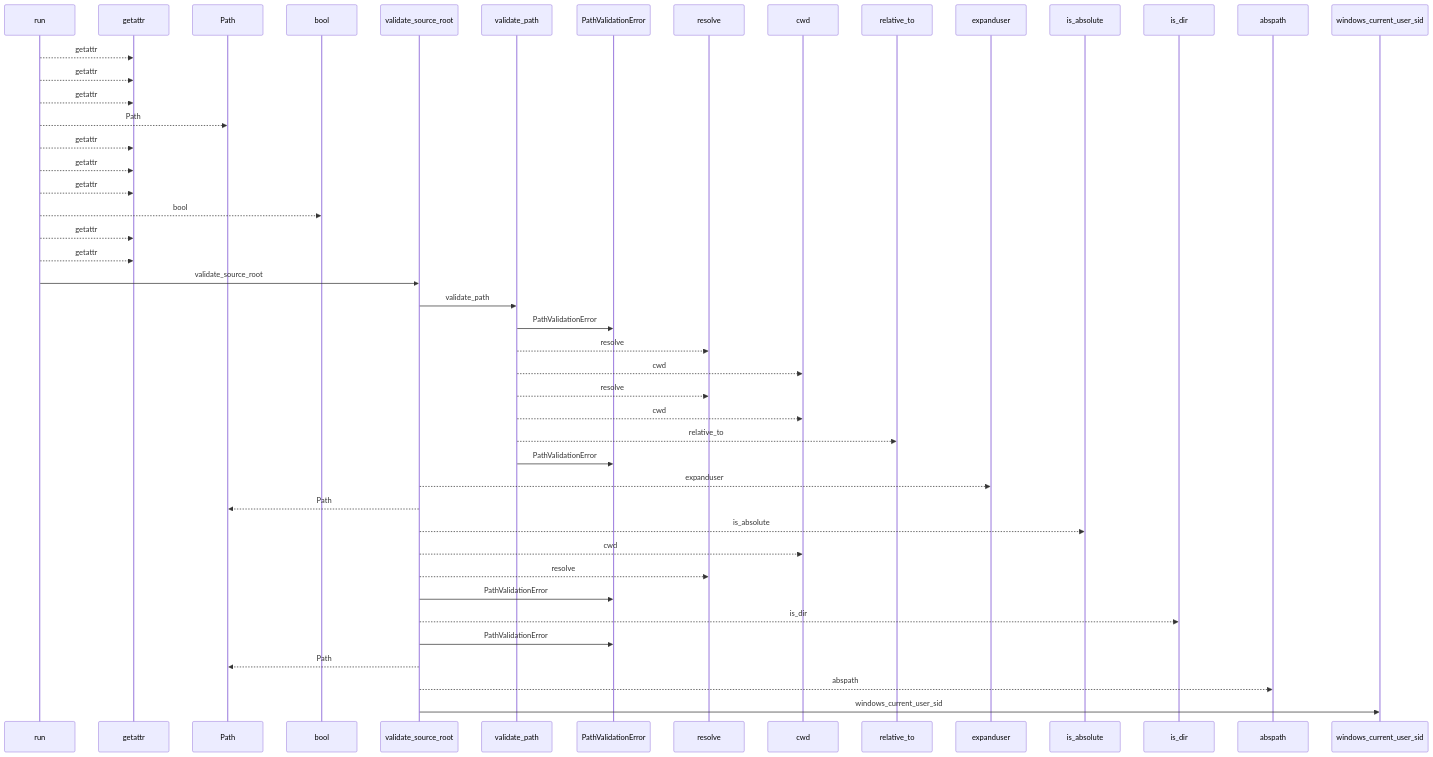
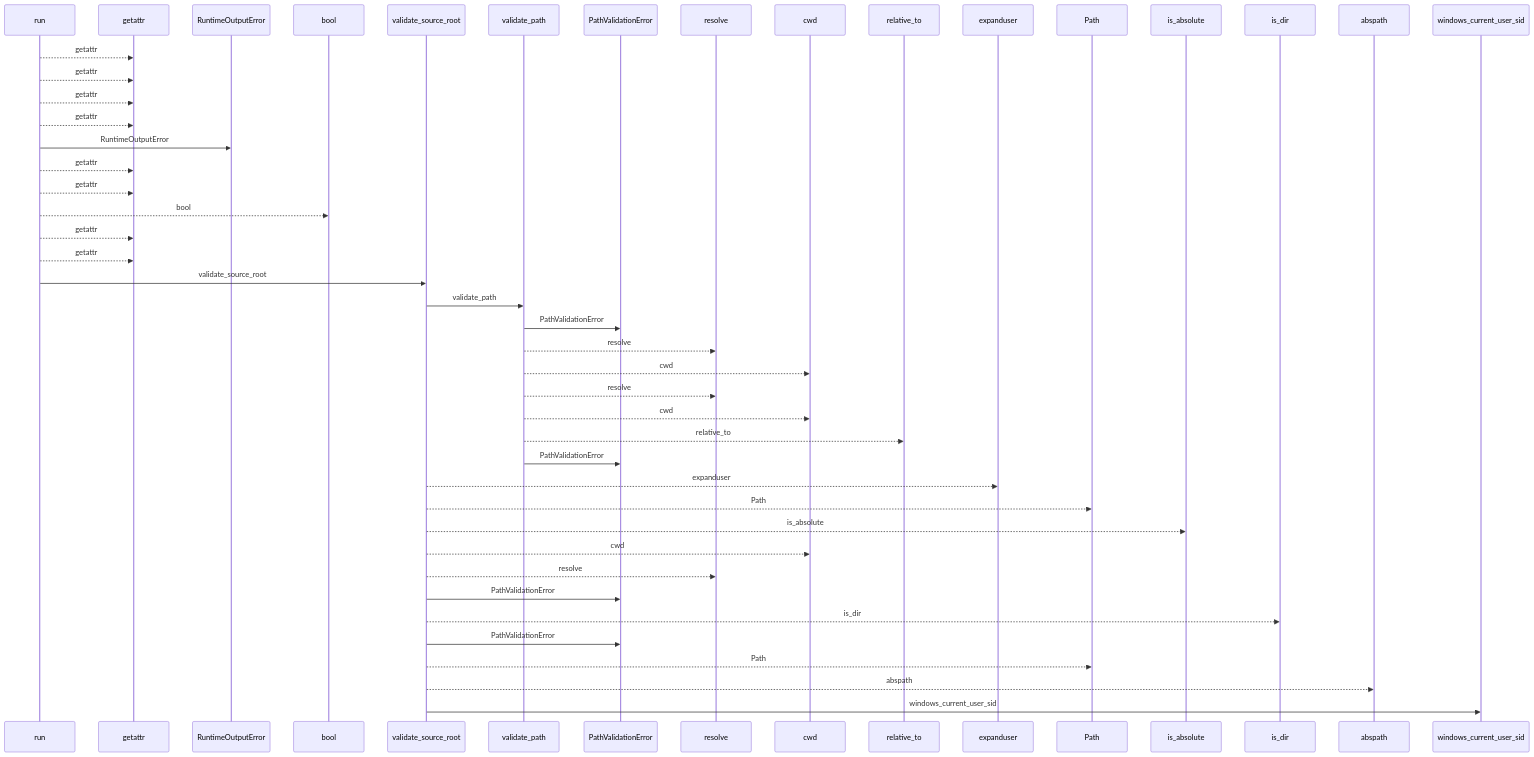
One commit to Denissvgn/python-wiki-llm changed the first of 2 diagrams in docs/llm_wiki/flows/cli-ci-check.md. Above: the diagram before and after it, drawn with Mermaid. The commit also changed other lines of this file and 240 other files, not shown here.

````diff
--- a/docs/llm_wiki/flows/cli-ci-check.md
+++ b/docs/llm_wiki/flows/cli-ci-check.md
@@ -55,48 +61,49 @@
 ```mermaid
 sequenceDiagram
     participant p0 as run
     participant p1 as getattr
-    participant p2 as Path
+    participant p2 as RuntimeOutputError
     participant p3 as bool
     participant p4 as validate_source_root
     participant p5 as validate_path
     participant p6 as PathValidationError
     participant p7 as resolve
     participant p8 as cwd
     participant p9 as relative_to
     participant p10 as expanduser
-    participant p11 as is_absolute
-    participant p12 as is_dir
-    participant p13 as abspath
-    participant p14 as windows_current_user_sid
+    participant p11 as Path
+    participant p12 as is_absolute
+    participant p13 as is_dir
+    participant p14 as abspath
+    participant p15 as windows_current_user_sid
     p0-->>p1: getattr
     p0-->>p1: getattr
     p0-->>p1: getattr
-    p0-->>p2: Path
     p0-->>p1: getattr
+    p0->>p2: RuntimeOutputError
     p0-->>p1: getattr
     p0-->>p1: getattr
     p0-->>p3: bool
     p0-->>p1: getattr
     p0-->>p1: getattr
     p0->>p4: validate_source_root
     p4->>p5: validate_path
     p5->>p6: PathValidationError
     p5-->>p7: resolve
     p5-->>p8: cwd
     p5-->>p7: resolve
     p5-->>p8: cwd
     p5-->>p9: relative_to
     p5->>p6: PathValidationError
     p4-->>p10: expanduser
-    p4-->>p2: Path
-    p4-->>p11: is_absolute
+    p4-->>p11: Path
+    p4-->>p12: is_absolute
     p4-->>p8: cwd
     p4-->>p7: resolve
     p4->>p6: PathValidationError
-    p4-->>p12: is_dir
+    p4-->>p13: is_dir
     p4->>p6: PathValidationError
-    p4-->>p2: Path
-    p4-->>p13: abspath
-    p4->>p14: windows_current_user_sid
+    p4-->>p11: Path
+    p4-->>p14: abspath
+    p4->>p15: windows_current_user_sid
 ```
````
